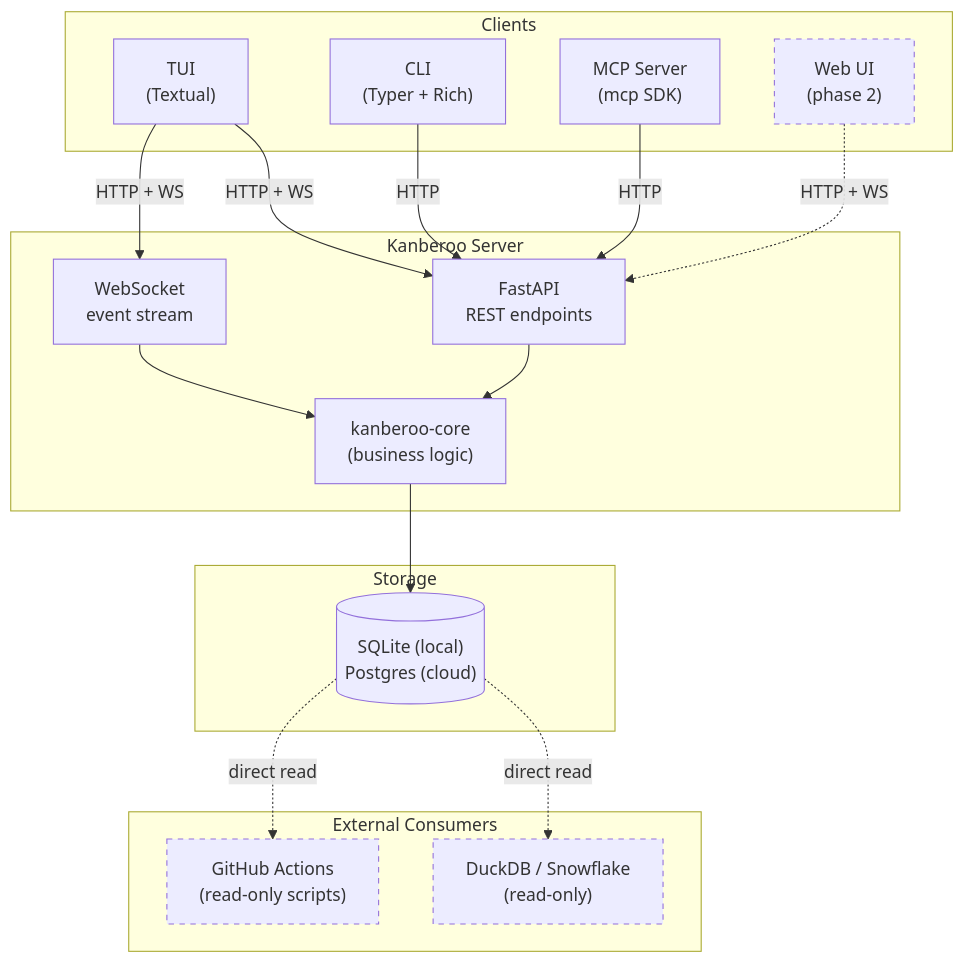
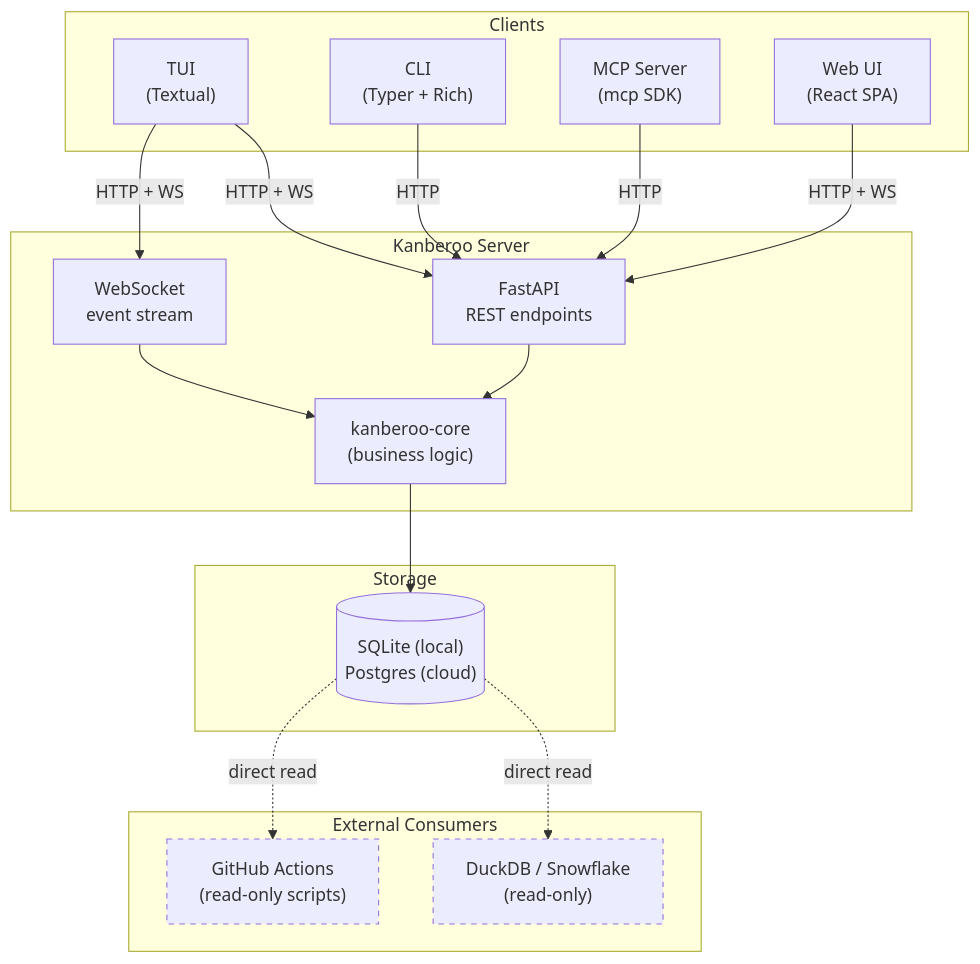
Before and after one commit to areese801/kanbaroo: the diagram in README.md, drawn with Mermaid. The commit also changed other lines of this file and 8 other files, not shown here.

````diff
--- a/README.md
+++ b/README.md
@@ -21,41 +21,40 @@
 ```mermaid
 flowchart TB
     subgraph clients["Clients"]
         TUI["TUI<br/>(Textual)"]
         CLI["CLI<br/>(Typer + Rich)"]
         MCP["MCP Server<br/>(mcp SDK)"]
-        WEB["Web UI<br/>(phase 2)"]
+        WEB["Web UI<br/>(React SPA)"]
     end
 
     subgraph server["Kanberoo Server"]
         REST["FastAPI<br/>REST endpoints"]
         WS["WebSocket<br/>event stream"]
         CORE["kanberoo-core<br/>(business logic)"]
     end
 
     subgraph storage["Storage"]
         DB[("SQLite (local)<br/>Postgres (cloud)")]
     end
 
     subgraph external["External Consumers"]
         DUCK["DuckDB / Snowflake<br/>(read-only)"]
         GHA["GitHub Actions<br/>(read-only scripts)"]
     end
 
     TUI -->|HTTP + WS| REST
     TUI -->|HTTP + WS| WS
     CLI -->|HTTP| REST
     MCP -->|HTTP| REST
-    WEB -.->|HTTP + WS| REST
+    WEB -->|HTTP + WS| REST
 
     REST --> CORE
     WS --> CORE
     CORE --> DB
 
     DB -.->|direct read| DUCK
     DB -.->|direct read| GHA
 
-    style WEB stroke-dasharray: 5 5
     style DUCK stroke-dasharray: 5 5
     style GHA stroke-dasharray: 5 5
 ```
````
